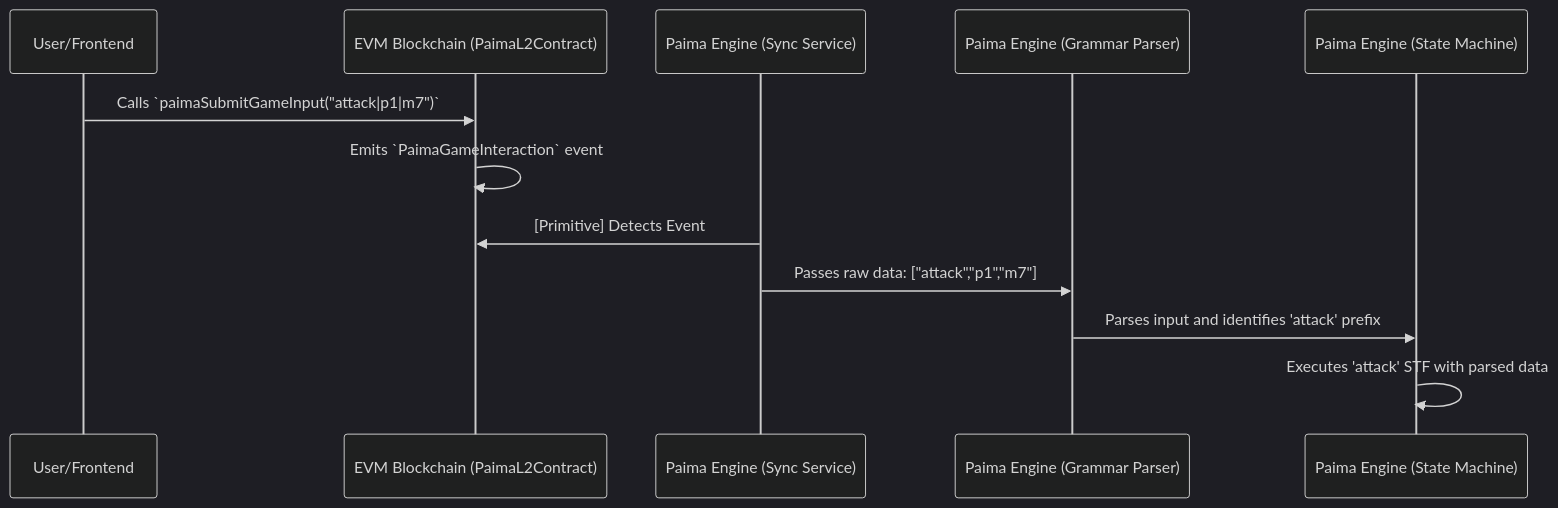
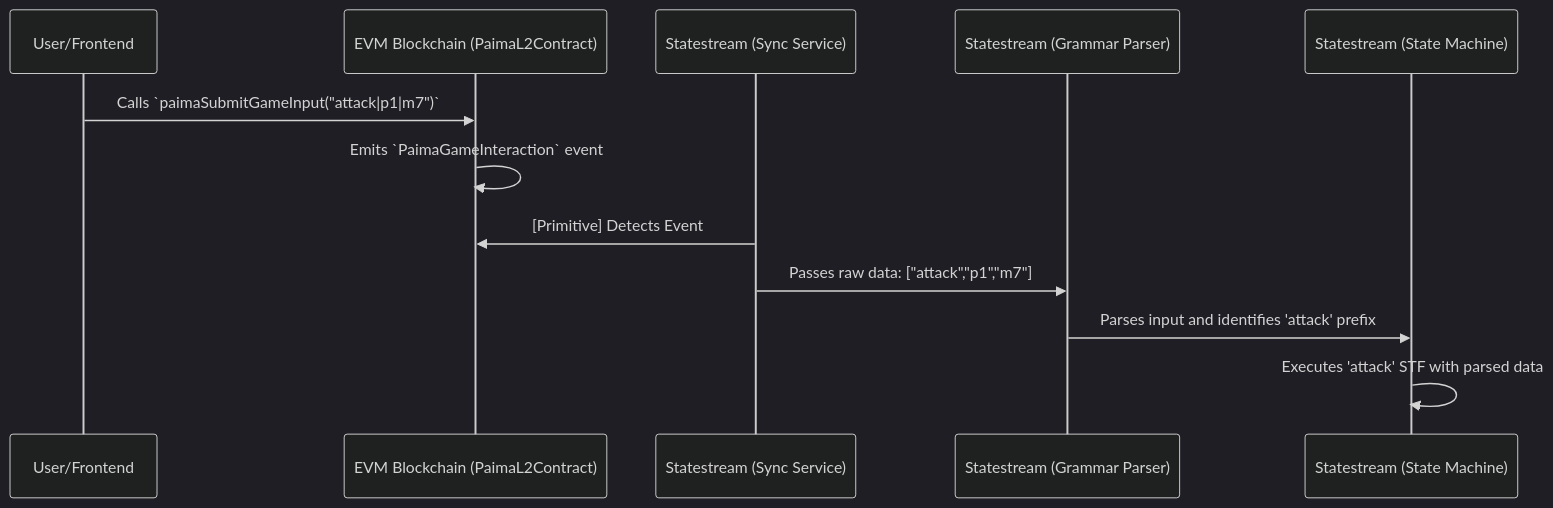
One commit to effectstream/effectstream changed the diagram in docs/site/docs/home/100-components/104-paima-l2-contract.md. Above: the diagram before and after it, drawn with Mermaid (dark theme). The commit also changed other lines of this file and 55 other files, not shown here.

````diff
--- a/docs/site/docs/home/100-components/104-paima-l2-contract.md
+++ b/docs/site/docs/home/100-components/104-paima-l2-contract.md
@@ -51,15 +51,15 @@
 ```mermaid
 sequenceDiagram
     participant User/Frontend
     participant EVM Blockchain (PaimaL2Contract)
-    participant Paima Engine (Sync Service)
-    participant Paima Engine (Grammar Parser)
-    participant Paima Engine (State Machine)
+    participant Statestream (Sync Service)
+    participant Statestream (Grammar Parser)
+    participant Statestream (State Machine)
 
     User/Frontend->>EVM Blockchain (PaimaL2Contract): Calls `paimaSubmitGameInput("attack|p1|m7")`
     EVM Blockchain (PaimaL2Contract)->>EVM Blockchain (PaimaL2Contract): Emits `PaimaGameInteraction` event
-    Paima Engine (Sync Service)->>EVM Blockchain (PaimaL2Contract): [Primitive] Detects Event
-    Paima Engine (Sync Service)->>Paima Engine (Grammar Parser): Passes raw data: ["attack","p1","m7"]
-    Paima Engine (Grammar Parser)->>Paima Engine (State Machine): Parses input and identifies 'attack' prefix
-    Paima Engine (State Machine)->>Paima Engine (State Machine): Executes 'attack' STF with parsed data
+    Statestream (Sync Service)->>EVM Blockchain (PaimaL2Contract): [Primitive] Detects Event
+    Statestream (Sync Service)->>Statestream (Grammar Parser): Passes raw data: ["attack","p1","m7"]
+    Statestream (Grammar Parser)->>Statestream (State Machine): Parses input and identifies 'attack' prefix
+    Statestream (State Machine)->>Statestream (State Machine): Executes 'attack' STF with parsed data
 ```
````
